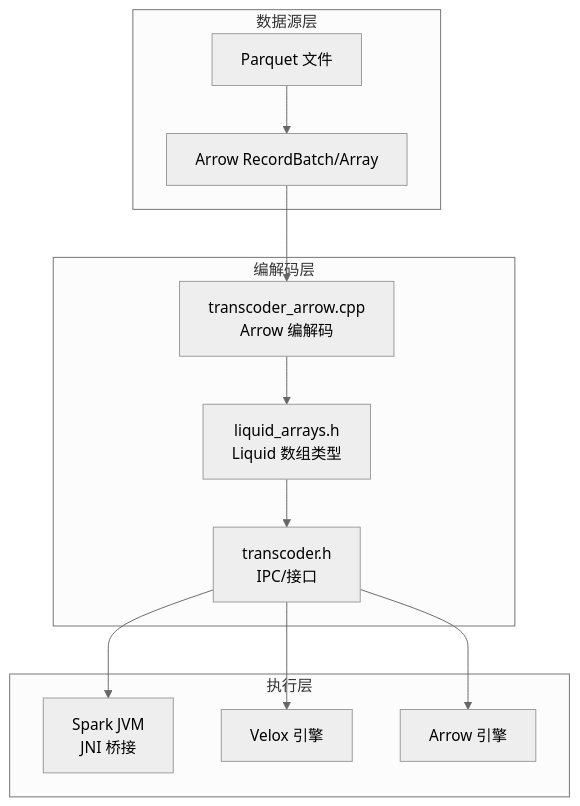
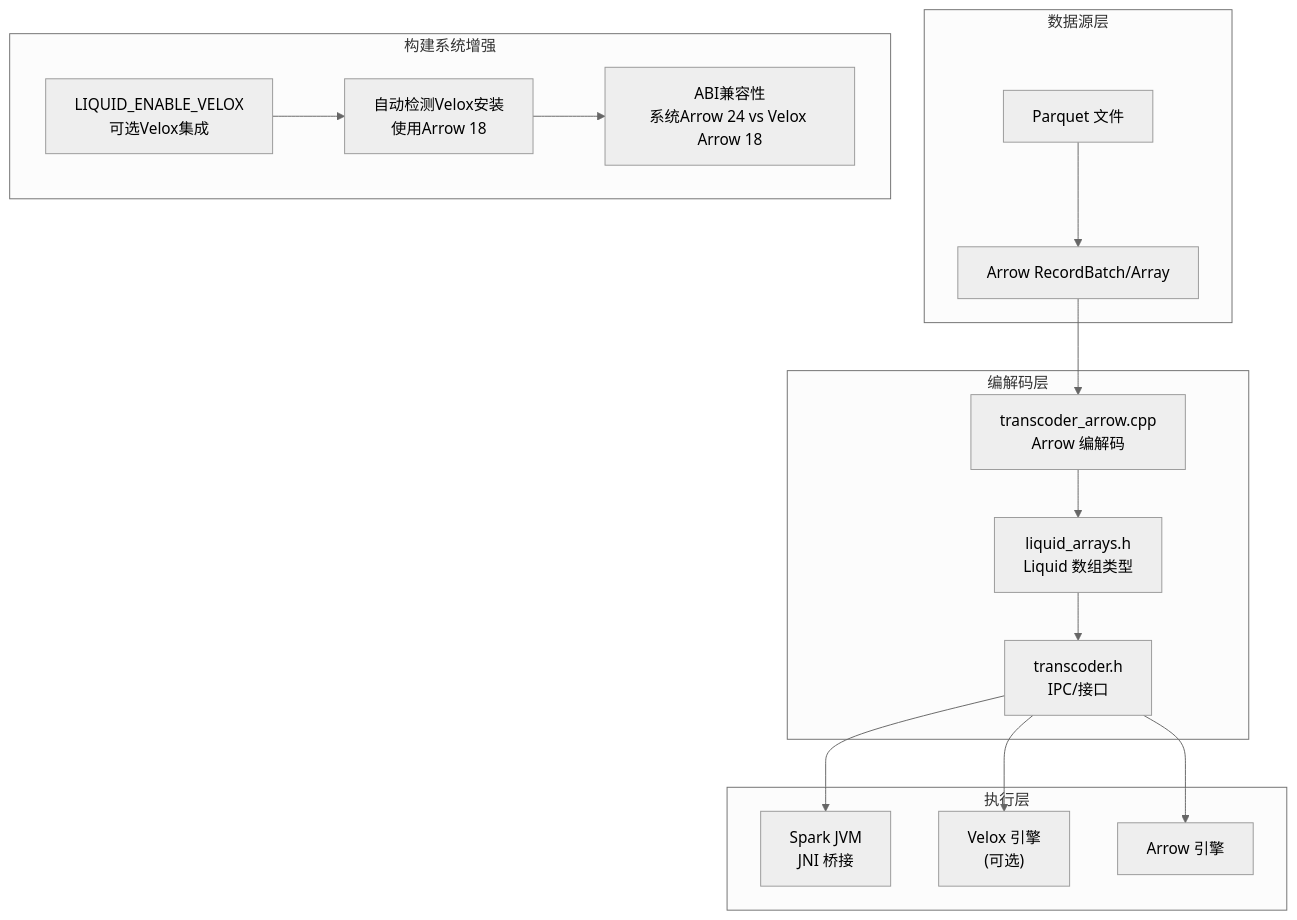
The second of 6 diagrams in .qoder/repowiki/zh/content/引擎集成/引擎集成.md (tenglei/liquidCacheVelox), drawn with Mermaid (neutral theme) before and after one commit. The commit also changed other lines of this file and 8 other files, not shown here.

````diff
--- a/.qoder/repowiki/zh/content/引擎集成/引擎集成.md
+++ b/.qoder/repowiki/zh/content/引擎集成/引擎集成.md
@@ -100,24 +115,30 @@
 ```mermaid
 graph TB
 subgraph "数据源层"
 P["Parquet 文件"]
 A1["Arrow RecordBatch/Array"]
 end
 subgraph "编解码层"
 T["transcoder_arrow.cpp<br/>Arrow 编解码"]
 L["liquid_arrays.h<br/>Liquid 数组类型"]
 I["transcoder.h<br/>IPC/接口"]
 end
 subgraph "执行层"
 S["Spark JVM<br/>JNI 桥接"]
-V["Velox 引擎"]
+V["Velox 引擎<br/>(可选)"]
 R["Arrow 引擎"]
 end
 P --> A1
 A1 --> T
 T --> L
 L --> I
 I --> S
 I --> V
 I --> R
+subgraph "构建系统增强"
+OPT["LIQUID_ENABLE_VELOX<br/>可选Velox集成"]
+VEL["自动检测Velox安装<br/>使用Arrow 18"]
+ABI["ABI兼容性<br/>系统Arrow 24 vs Velox Arrow 18"]
+end
+OPT --> VEL --> ABI
 ```
````
